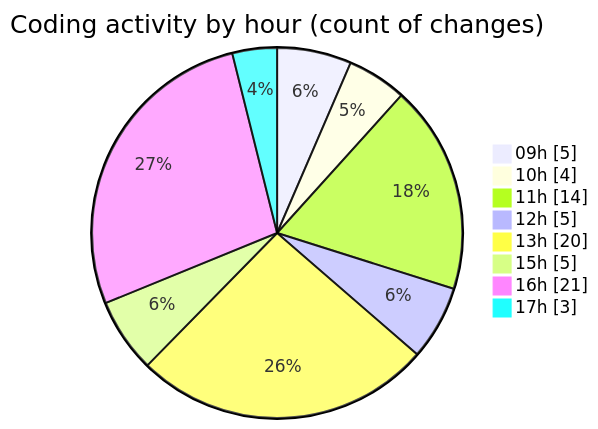
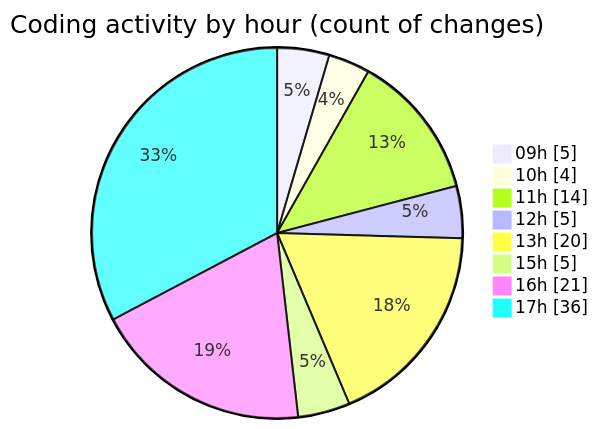
One commit to momahboobian/code-tracking changed the second of 2 diagrams in 2025-09-11/cda/README.md. Above: the diagram before and after it, drawn with Mermaid. The commit also changed other lines of this file and 1 other file, not shown here.

````diff
--- a/2025-09-11/cda/README.md
+++ b/2025-09-11/cda/README.md
@@ -40,12 +40,12 @@
 ```mermaid
 pie showData
 title Coding activity by hour (count of changes)
 "09h" : 5
 "10h" : 4
 "11h" : 14
 "12h" : 5
 "13h" : 20
 "15h" : 5
 "16h" : 21
-"17h" : 3
+"17h" : 36
 ```
````
